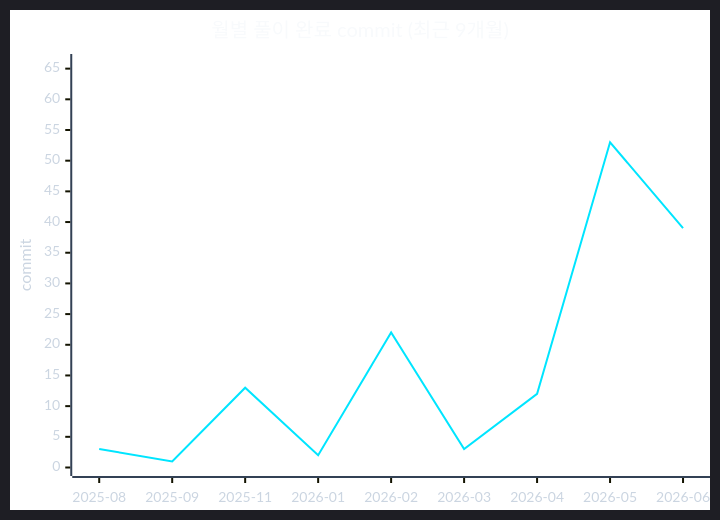
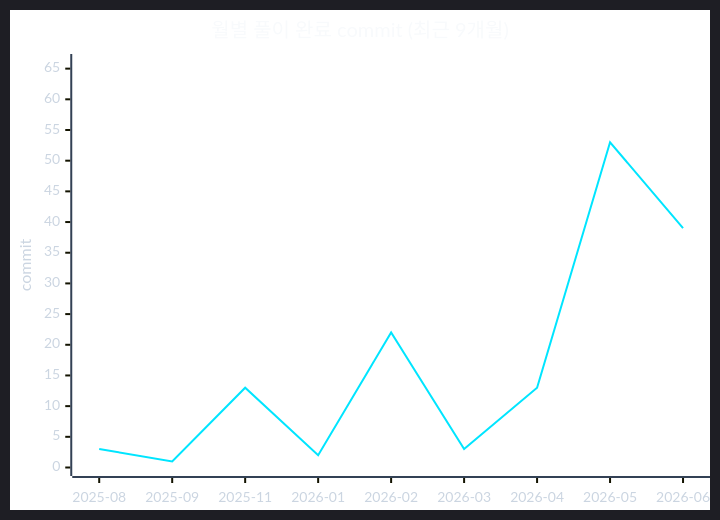
One commit to CHOOSLA/Algorithm changed the second of 2 diagrams in readme.md. Above: the diagram before and after it, drawn with Mermaid. The commit also changed other lines of this file and 2 other files, not shown here.

````diff
--- a/readme.md
+++ b/readme.md
@@ -71,22 +71,22 @@
 ```mermaid
 ---
 config:
   theme: dark
   themeVariables:
     background: '#0d1117'
     xyChart:
       titleColor: '#f8fafc'
       xAxisLabelColor: '#cbd5e1'
       xAxisTitleColor: '#cbd5e1'
       xAxisLineColor: '#334155'
       yAxisLabelColor: '#cbd5e1'
       yAxisTitleColor: '#cbd5e1'
       yAxisLineColor: '#334155'
       plotColorPalette: '#00e5ff'
 ---
 xychart-beta
   title "월별 풀이 완료 commit (최근 9개월)"
   x-axis ["2025-08", "2025-09", "2025-11", "2026-01", "2026-02", "2026-03", "2026-04", "2026-05", "2026-06"]
   y-axis "commit" 0 --> 66
-  line [3, 1, 13, 2, 22, 3, 12, 53, 39]
+  line [3, 1, 13, 2, 22, 3, 13, 53, 39]
 ```
````
